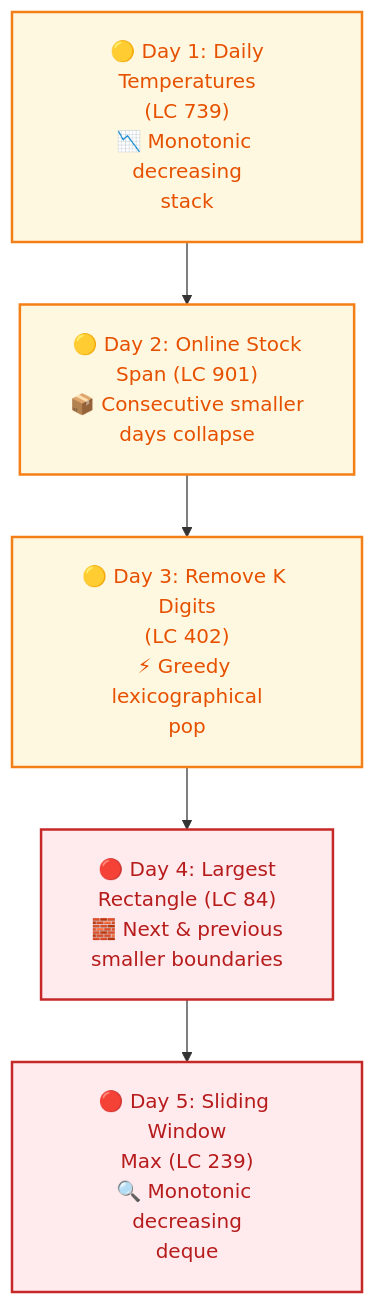
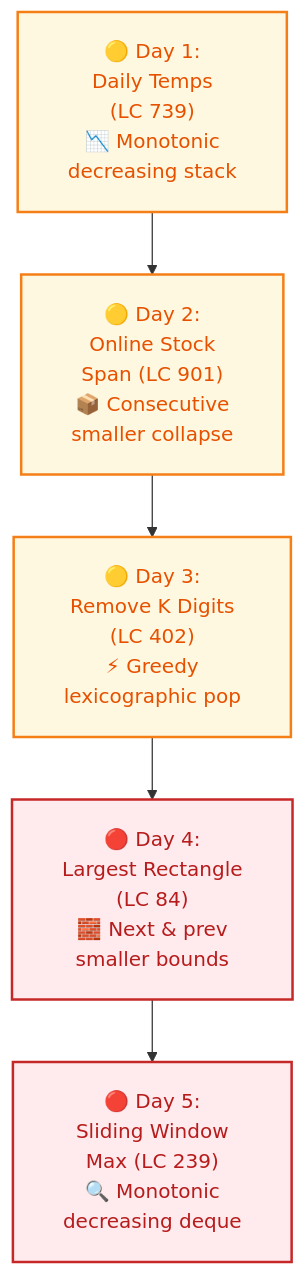
One commit to dip4k/DSA_102 changed the third of 19 diagrams in Senior_dsa_question_list.md. Above: the diagram before and after it, drawn with Mermaid. The commit also changed other lines of this file and 106 other files, not shown here.

First line of the commit message:
fix(mermaid): prevent text clipping with foreignObject overflow and tighter line wrapping

````diff
--- a/Senior_dsa_question_list.md
+++ b/Senior_dsa_question_list.md
@@ -136,15 +136,15 @@
 ```mermaid
-%%{init: {"flowchart": {"htmlLabels": true, "padding": 20}}}%%
+%%{init: {"flowchart": {"htmlLabels": true, "padding": 20}, "themeCSS": "foreignObject { overflow: visible !important; }"}}%%
 flowchart TD
     classDef startNode fill:#e8f5e9,stroke:#2e7d32,stroke-width:2px,color:#1b5e20
     classDef midNode fill:#fff8e1,stroke:#f57f17,stroke-width:2px,color:#e65100
     classDef hardNode fill:#ffebee,stroke:#c62828,stroke-width:2px,color:#b71c1c
 
-    A["🟡 Day 1: Daily<br/>Temperatures<br/>(LC 739)<br/>📉 Monotonic decreasing<br/>stack"]:::midNode
-    B["🟡 Day 2: Online Stock<br/>Span (LC 901)<br/>📦 Consecutive smaller<br/>days collapse"]:::midNode
-    C["🟡 Day 3: Remove K Digits<br/>(LC 402)<br/>⚡ Greedy lexicographical<br/>pop"]:::midNode
-    D["🔴 Day 4: Largest<br/>Rectangle (LC 84)<br/>🧱 Next & previous<br/>smaller boundaries"]:::hardNode
-    E["🔴 Day 5: Sliding Window<br/>Max (LC 239)<br/>🔍 Monotonic decreasing<br/>deque"]:::hardNode
+    A["🟡 Day 1:<br/>Daily Temps<br/>(LC 739)<br/>📉 Monotonic<br/>decreasing stack"]:::midNode
+    B["🟡 Day 2:<br/>Online Stock<br/>Span (LC 901)<br/>📦 Consecutive<br/>smaller collapse"]:::midNode
+    C["🟡 Day 3:<br/>Remove K Digits<br/>(LC 402)<br/>⚡ Greedy<br/>lexicographic pop"]:::midNode
+    D["🔴 Day 4:<br/>Largest Rectangle<br/>(LC 84)<br/>🧱 Next & prev<br/>smaller bounds"]:::hardNode
+    E["🔴 Day 5:<br/>Sliding Window<br/>Max (LC 239)<br/>🔍 Monotonic<br/>decreasing deque"]:::hardNode
 
     A --> B --> C --> D --> E
 ```
````
